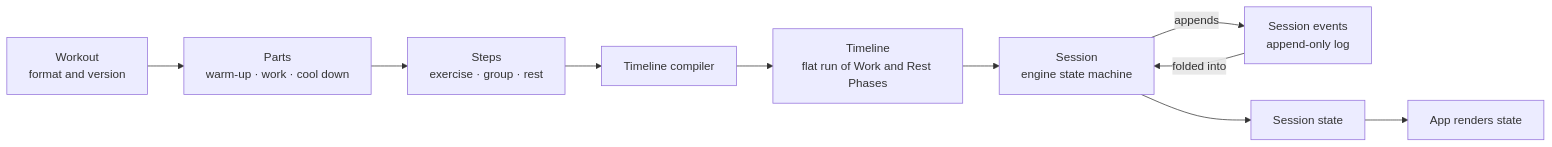
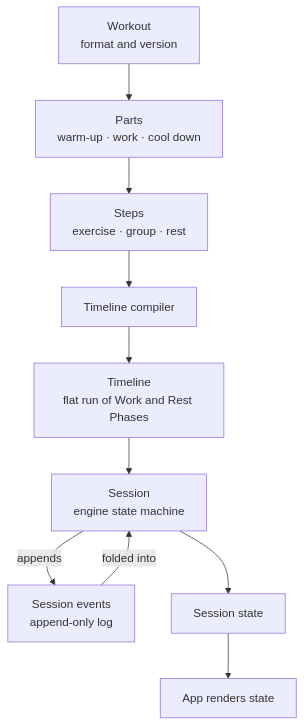
The second of 4 diagrams in docs/architecture.md (tkint/coach-poulpy), drawn with Mermaid before and after one commit. The commit also changed other lines of this file and 3 other files, not shown here.

Commit message:
docs: add vertical architecture and authentication diagrams

````diff
--- a/docs/architecture.md
+++ b/docs/architecture.md
@@ -65,12 +67,17 @@
 ```mermaid
-flowchart LR
-    workout["Workout<br/>format and version"] --> parts["Parts<br/>warm-up · work · cool down"]
-    parts --> steps["Steps<br/>exercise · group · rest"]
-    steps --> compiler["Timeline compiler"]
-    compiler --> timeline["Timeline<br/>flat run of Work and Rest Phases"]
-    timeline --> session["Session<br/>engine state machine"]
-    session -->|appends| events["Session events<br/>append-only log"]
+flowchart TD
+    workout["Workout<br/>format and version"]
+    parts["Parts<br/>warm-up · work · cool down"]
+    steps["Steps<br/>exercise · group · rest"]
+    compiler["Timeline compiler"]
+    timeline["Timeline<br/>flat run of Work and Rest Phases"]
+    session["Session<br/>engine state machine"]
+    events["Session events<br/>append-only log"]
+    state["Session state"]
+    ui["App renders state"]
+
+    workout --> parts --> steps --> compiler --> timeline --> session
+    session -->|appends| events
     events -->|folded into| session
-    session --> state["Session state"]
-    state --> ui["App renders state"]
+    session --> state --> ui
 ```
````
